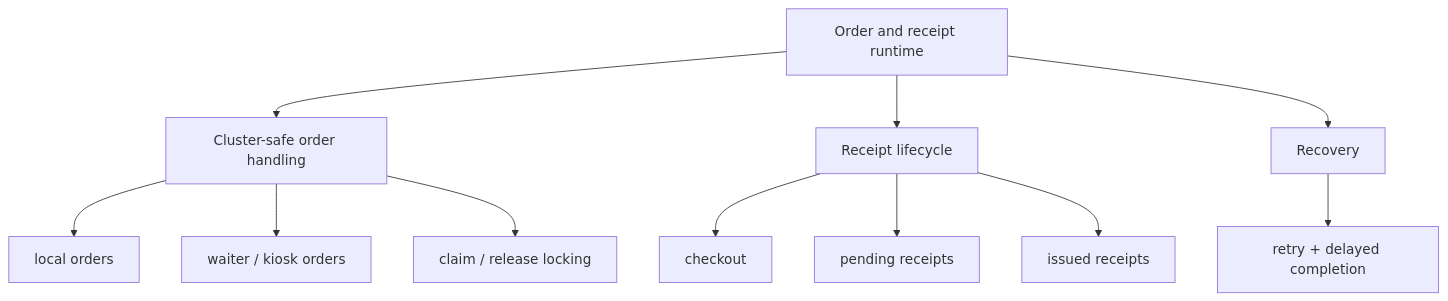
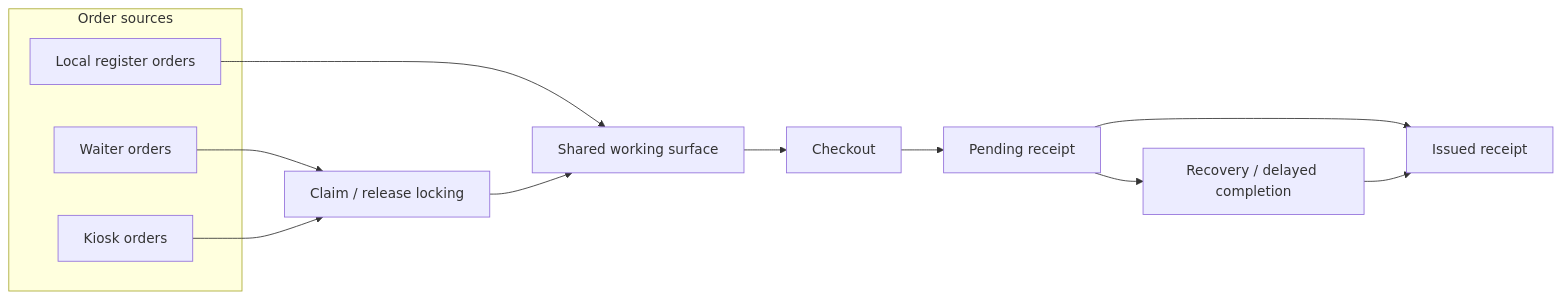
Before and after one commit to kaddaak/portfolio: the diagram in hospitality-pos/windows-tauri/features/06-orders-receipts-and-table-operations/README.md, drawn with Mermaid. The commit also changed 2 other files, not shown here.

Commit message:
orders and receipts

````diff
--- a/hospitality-pos/windows-tauri/features/06-orders-receipts-and-table-operations/README.md
+++ b/hospitality-pos/windows-tauri/features/06-orders-receipts-and-table-operations/README.md
@@ -5,18 +5,20 @@
 ```mermaid
-flowchart TB
-  A["Order and receipt runtime"]
+flowchart LR
+  subgraph S["Order sources"]
+    A["Local register orders"]
+    B["Waiter orders"]
+    C["Kiosk orders"]
+  end
 
-  A --> B["Cluster-safe order handling"]
-  A --> C["Receipt lifecycle"]
-  A --> D["Recovery"]
+  B --> L["Claim / release locking"]
+  C --> L
 
-  B --> B1["local orders"]
-  B --> B2["waiter / kiosk orders"]
-  B --> B3["claim / release locking"]
+  A --> W["Shared working surface"]
+  L --> W
 
-  C --> C1["checkout"]
-  C --> C2["pending receipts"]
-  C --> C3["issued receipts"]
-
-  D --> D1["retry + delayed completion"]
+  W --> X["Checkout"]
+  X --> Y["Pending receipt"]
+  Y --> Z["Issued receipt"]
+  Y --> R["Recovery / delayed completion"]
+  R --> Z
 ```
````
